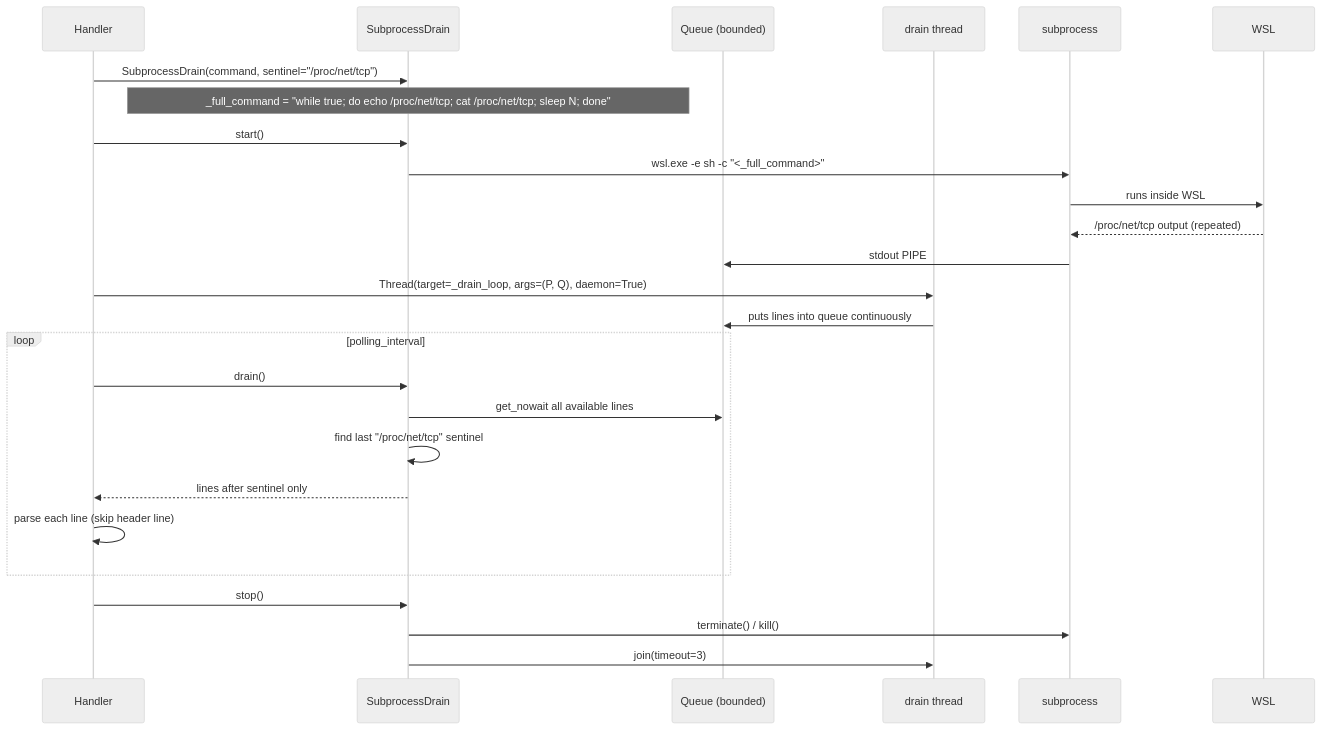
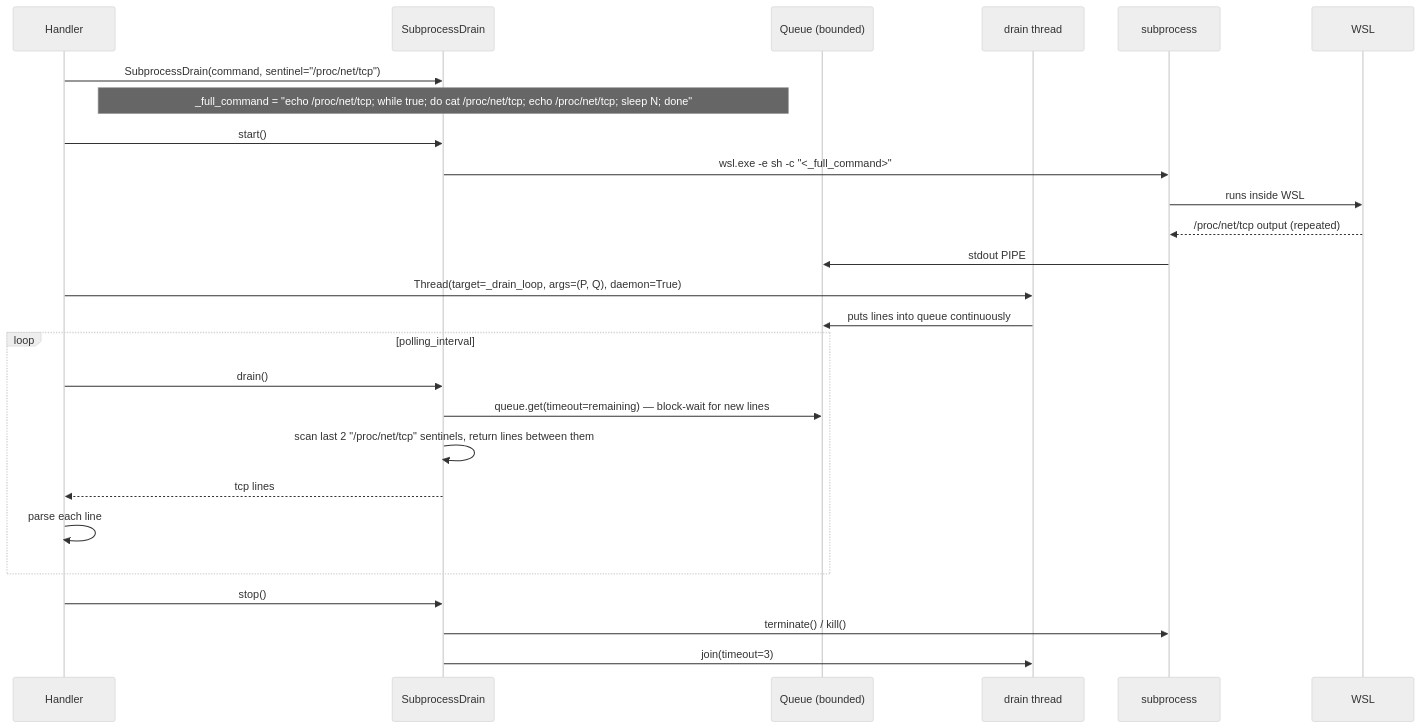
The third of 3 diagrams in docs/sequence-diagram.md (JonathanKChang/llm_wakelock_windows), drawn with Mermaid (neutral theme) before and after one commit. The commit also changed other lines of this file and 3 other files, not shown here.

````diff
--- a/docs/sequence-diagram.md
+++ b/docs/sequence-diagram.md
@@ -112,32 +116,32 @@
 ```mermaid
 sequenceDiagram
     participant H as Handler
     participant DD as SubprocessDrain
     participant Q as Queue (bounded)
     participant T as drain thread
     participant P as subprocess
     participant OS as WSL
 
     H->>DD: SubprocessDrain(command, sentinel="/proc/net/tcp")
-    Note over DD: _full_command = "while true#59; do echo /proc/net/tcp#59; cat /proc/net/tcp#59; sleep N#59; done"
+    Note over DD: _full_command = "echo /proc/net/tcp#59; while true#59; do cat /proc/net/tcp#59; echo /proc/net/tcp#59; sleep N#59; done"
 
     H->>DD: start()
     DD->>P: wsl.exe -e sh -c "<_full_command>"
     P->>OS: runs inside WSL
     OS-->>P: /proc/net/tcp output (repeated)
     P->>Q: stdout PIPE
     H->>T: Thread(target=_drain_loop, args=(P, Q), daemon=True)
     T->>Q: puts lines into queue continuously
 
     loop polling_interval
         H->>DD: drain()
-        DD->>Q: get_nowait all available lines
-        DD->>DD: find last "/proc/net/tcp" sentinel
-        DD-->>H: lines after sentinel only
-        H->>H: parse each line (skip header line)
+        DD->>Q: queue.get(timeout=remaining) — block-wait for new lines
+        DD->>DD: scan last 2 "/proc/net/tcp" sentinels, return lines between them
+        DD-->>H: tcp lines
+        H->>H: parse each line
     end
 
     H->>DD: stop()
     DD->>P: terminate() / kill()
     DD->>T: join(timeout=3)
 ```
````
